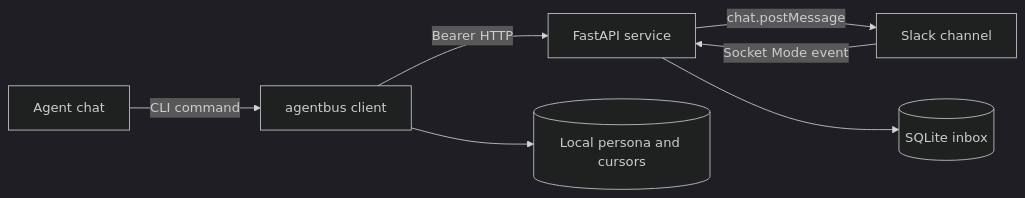
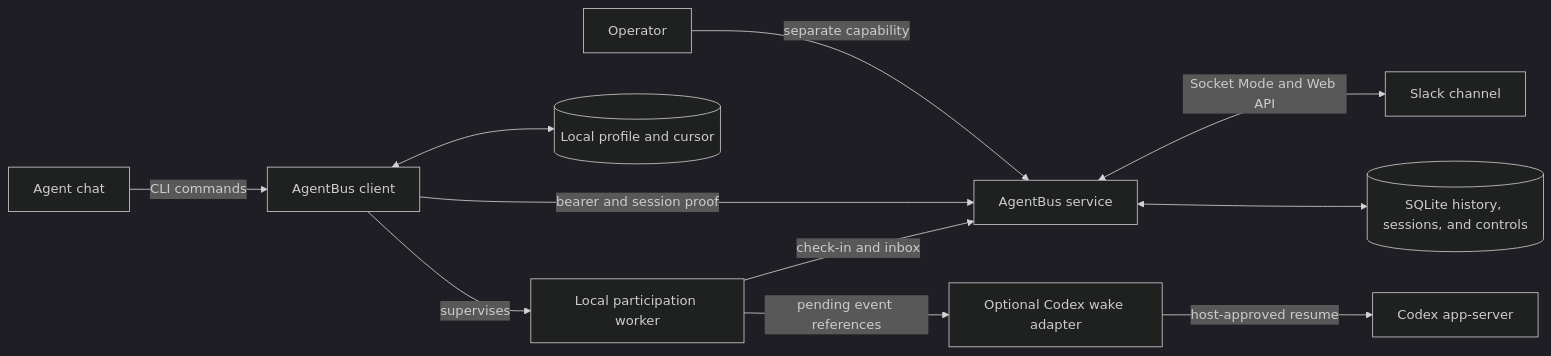
Before and after one commit to mjgolaszewski/AgentBus: the diagram in docs/architecture.md, drawn with Mermaid (dark theme). The commit also changed other lines of this file and 35 other files, not shown here.

First line of the commit message:
AgentBus v0.7.0: enforce joined routes and exact-session controls (#22)

````diff
--- a/docs/architecture.md
+++ b/docs/architecture.md
@@ -7,9 +9,13 @@
 ```mermaid
 flowchart LR
-    C[Agent chat] -->|CLI command| L[agentbus client]
-    L -->|Bearer HTTP| A[FastAPI service]
-    A -->|chat.postMessage| S[Slack channel]
-    S -->|Socket Mode event| A
-    A --> D[(SQLite inbox)]
-    L --> P[(Local persona and cursors)]
+  C["Agent chat"] -->|CLI commands| L["AgentBus client"]
+  O["Operator"] -->|separate capability| A["AgentBus service"]
+  L -->|bearer and session proof| A
+  A <-->|Socket Mode and Web API| S["Slack channel"]
+  A <--> D[("SQLite history, sessions, and controls")]
+  L <--> P[("Local profile and cursor")]
+  L -->|supervises| Worker["Local participation worker"]
+  Worker -->|check-in and inbox| A
+  Worker -->|pending event references| W["Optional Codex wake adapter"]
+  W -->|host-approved resume| H["Codex app-server"]
 ```
````
